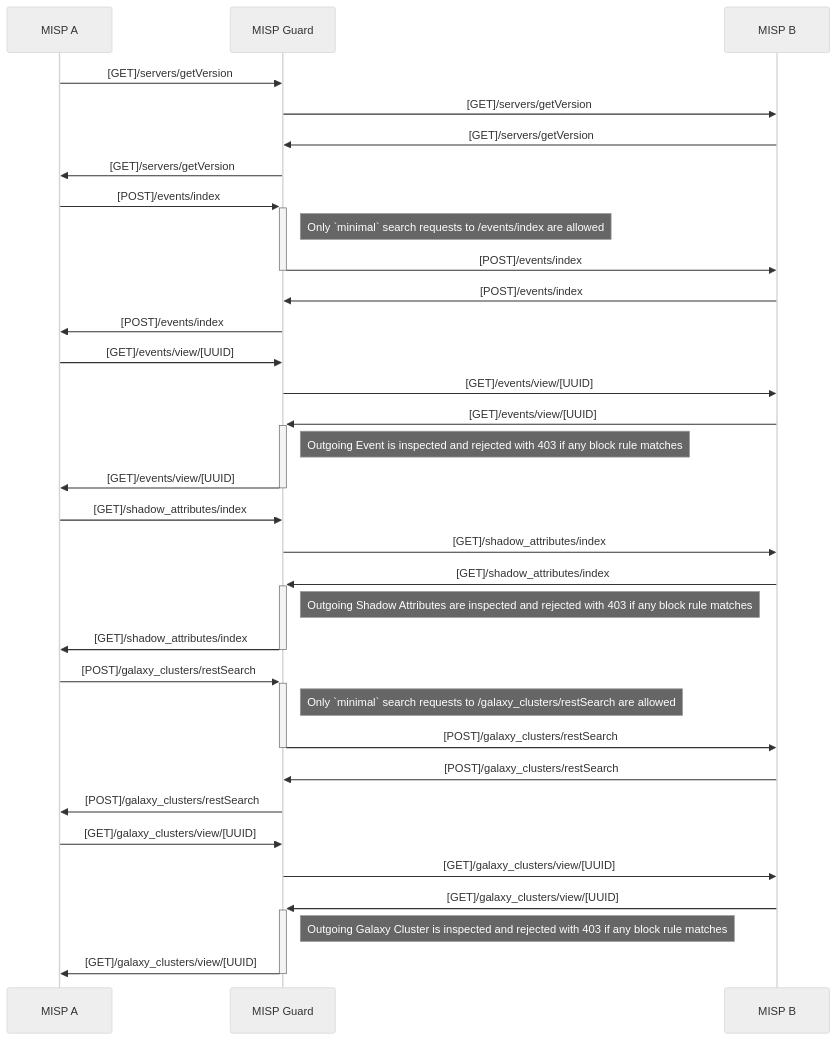
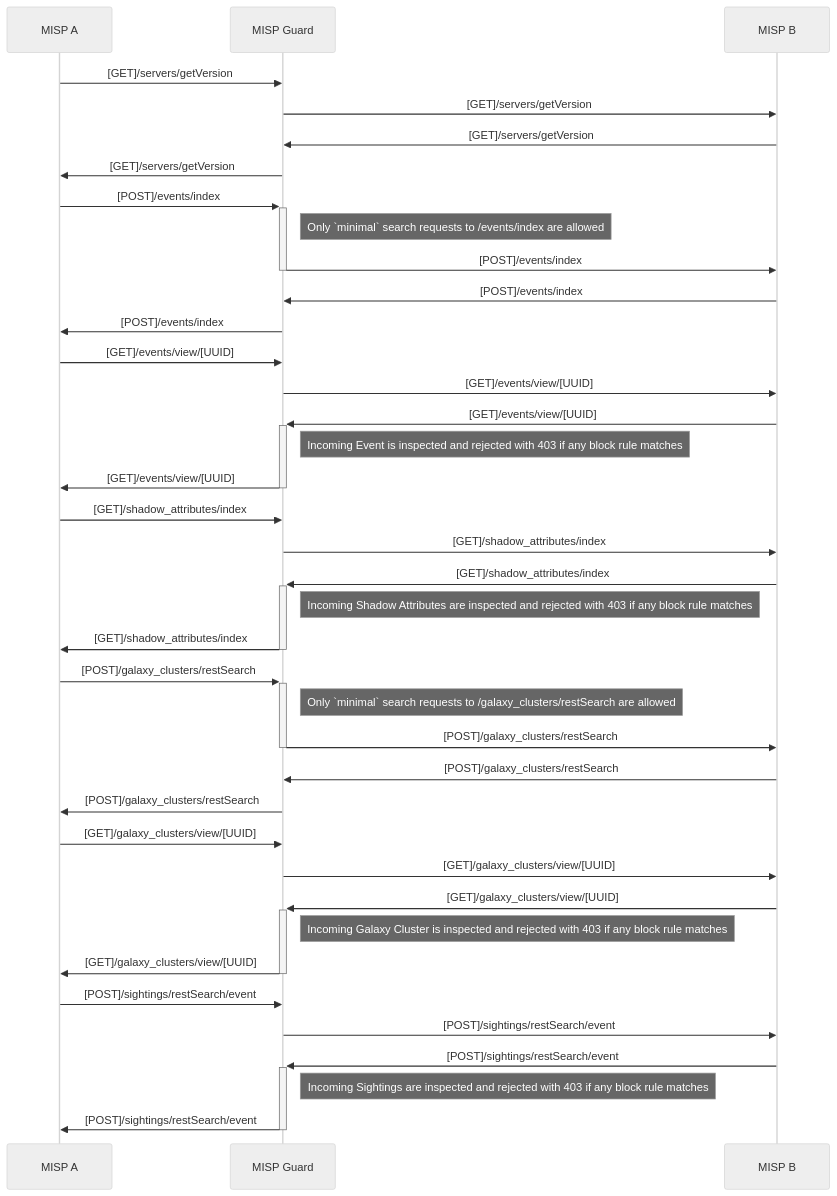
One commit to MISP/misp-guard changed the second of 2 diagrams in README.md. Above: the diagram before and after it, drawn with Mermaid (neutral theme). The commit also changed other lines of this file and 4 other files, not shown here.

````diff
--- a/README.md
+++ b/README.md
@@ -52,41 +60,47 @@
 ```mermaid
 sequenceDiagram
     participant MISP A
     participant MISP Guard
     participant MISP B
 
     MISP A->>MISP Guard: [GET]/servers/getVersion
     MISP Guard->>MISP B: [GET]/servers/getVersion
     MISP B->>MISP Guard: [GET]/servers/getVersion
     MISP Guard->>MISP A: [GET]/servers/getVersion
 
     MISP A->>+MISP Guard: [POST]/events/index
     note right of MISP Guard: Only `minimal` search requests to /events/index are allowed
     MISP Guard->>-MISP B: [POST]/events/index
     MISP B->>MISP Guard: [POST]/events/index
     MISP Guard->>MISP A: [POST]/events/index
 
     MISP A->>MISP Guard: [GET]/events/view/[UUID]
     MISP Guard->>MISP B: [GET]/events/view/[UUID]
     MISP B->>+MISP Guard: [GET]/events/view/[UUID]
-    note right of MISP Guard: Outgoing Event is inspected and rejected with 403 if any block rule matches
+    note right of MISP Guard: Incoming Event is inspected and rejected with 403 if any block rule matches
     MISP Guard->>-MISP A: [GET]/events/view/[UUID]
 
     MISP A->>MISP Guard: [GET]/shadow_attributes/index
     MISP Guard->>MISP B: [GET]/shadow_attributes/index
     MISP B->>+MISP Guard: [GET]/shadow_attributes/index
-    note right of MISP Guard: Outgoing Shadow Attributes are inspected and rejected with 403 if any block rule matches
+    note right of MISP Guard: Incoming Shadow Attributes are inspected and rejected with 403 if any block rule matches
     MISP Guard->>-MISP A: [GET]/shadow_attributes/index
 
     MISP A->>+MISP Guard: [POST]/galaxy_clusters/restSearch
     note right of MISP Guard: Only `minimal` search requests to /galaxy_clusters/restSearch are allowed
     MISP Guard->>-MISP B: [POST]/galaxy_clusters/restSearch
     MISP B->>MISP Guard: [POST]/galaxy_clusters/restSearch
     MISP Guard->>MISP A: [POST]/galaxy_clusters/restSearch
 
     MISP A->>MISP Guard: [GET]/galaxy_clusters/view/[UUID]
     MISP Guard->>MISP B: [GET]/galaxy_clusters/view/[UUID]
     MISP B->>+MISP Guard: [GET]/galaxy_clusters/view/[UUID]
-    note right of MISP Guard: Outgoing Galaxy Cluster is inspected and rejected with 403 if any block rule matches
+    note right of MISP Guard: Incoming Galaxy Cluster is inspected and rejected with 403 if any block rule matches
     MISP Guard->>-MISP A: [GET]/galaxy_clusters/view/[UUID]
+
+    MISP A->>MISP Guard: [POST]/sightings/restSearch/event
+    MISP Guard->>MISP B: [POST]/sightings/restSearch/event
+    MISP B->>+MISP Guard: [POST]/sightings/restSearch/event
+    note right of MISP Guard: Incoming Sightings are inspected and rejected with 403 if any block rule matches
+    MISP Guard->>-MISP A: [POST]/sightings/restSearch/event
 ```
````
